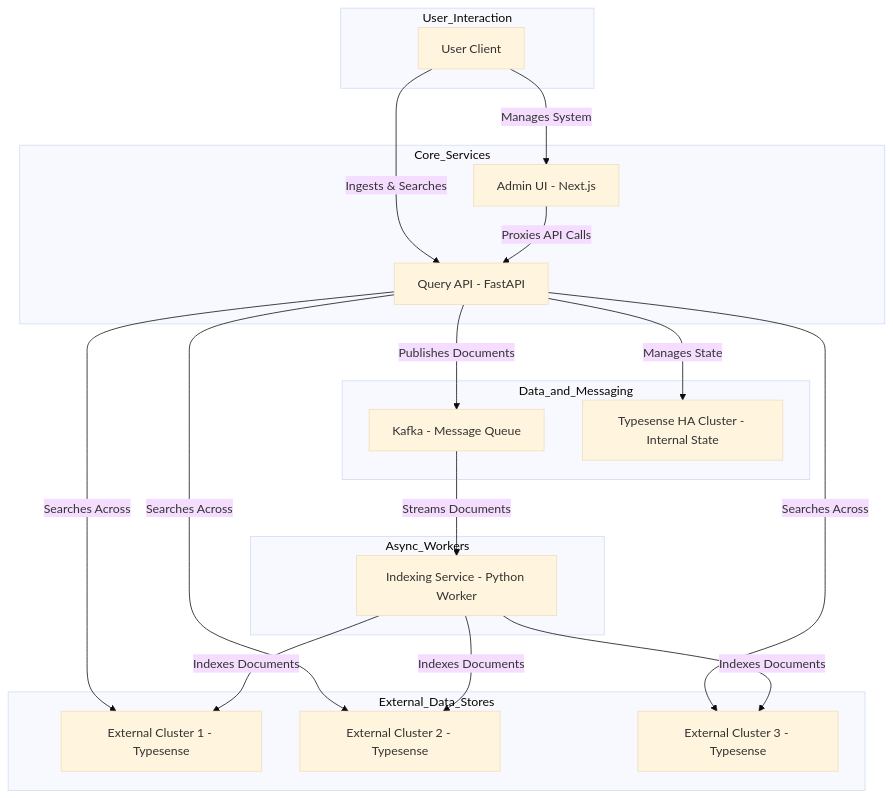
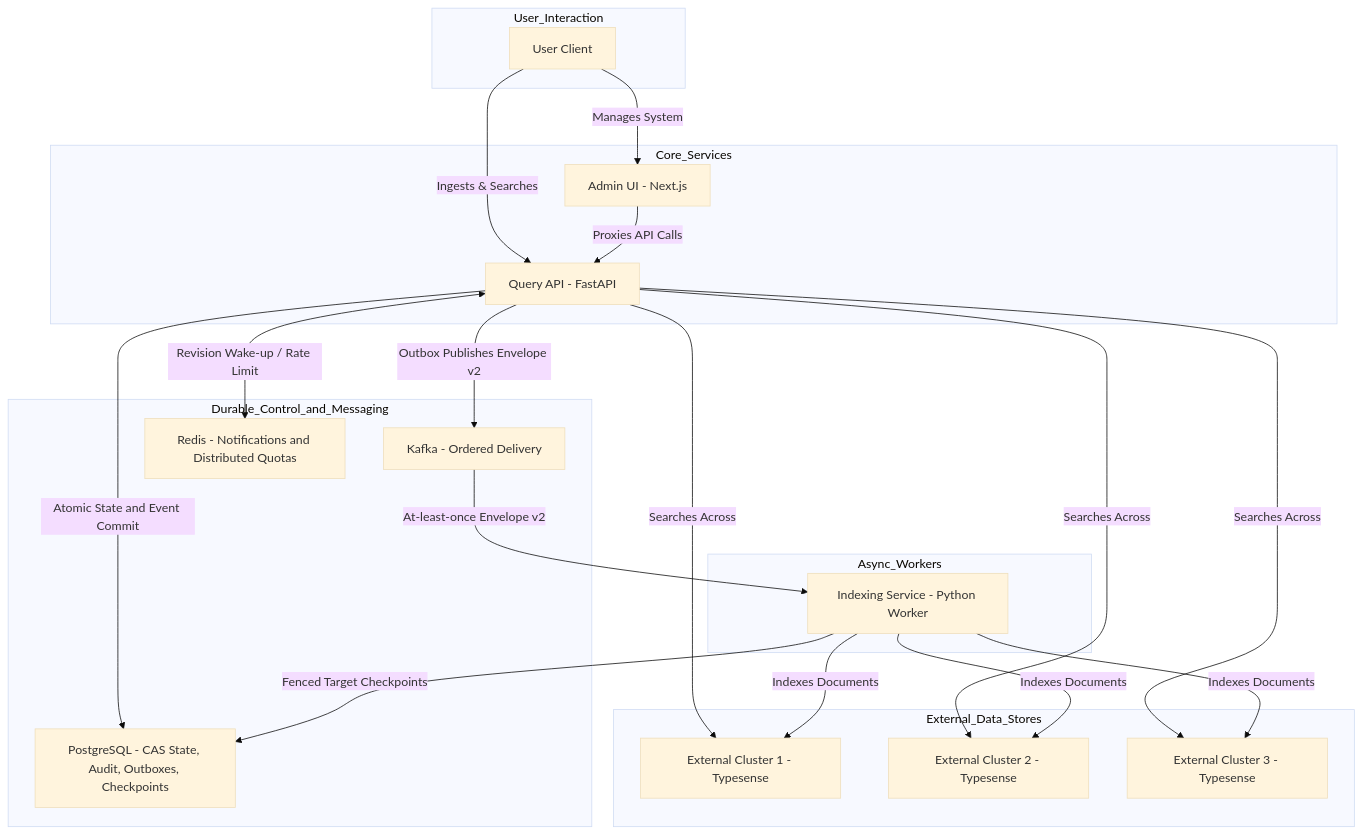
Before and after one commit to aantenore/imposbro-search: the diagram in README.md, drawn with Mermaid (base theme). The commit also changed other lines of this file and 269 other files, not shown here.

````diff
--- a/README.md
+++ b/README.md
@@ -66,43 +69,46 @@
 ```mermaid
 graph TD;
     subgraph User_Interaction
         A[User Client];
     end
 
     subgraph Core_Services
         B[Admin UI - Next.js];
         C[Query API - FastAPI];
     end
 
-    subgraph Data_and_Messaging
-        D[Kafka - Message Queue];
-        E[Typesense HA Cluster - Internal State];
+    subgraph Durable_Control_and_Messaging
+        D[Kafka - Ordered Delivery];
+        E[PostgreSQL - CAS State, Audit, Outboxes, Checkpoints];
+        R[Redis - Notifications and Distributed Quotas];
     end
 
     subgraph Async_Workers
         F[Indexing Service - Python Worker];
     end
 
     subgraph External_Data_Stores
         G[External Cluster 1 - Typesense];
         H[External Cluster 2 - Typesense];
         I[External Cluster 3 - Typesense];
     end
 
     A -->|Manages System| B;
     A -->|Ingests & Searches| C;
 
     B -->|Proxies API Calls| C;
 
-    C -->|Publishes Documents| D;
-    C -->|Manages State| E;
+    C -->|Atomic State and Event Commit| E;
+    C -->|Outbox Publishes Envelope v2| D;
+    C <-->|Revision Wake-up / Rate Limit| R;
     C -->|Searches Across| G;
     C -->|Searches Across| H;
     C -->|Searches Across| I;
 
-    D -->|Streams Documents| F;
+    D -->|At-least-once Envelope v2| F;
+    F -->|Fenced Target Checkpoints| E;
     F -->|Indexes Documents| G;
     F -->|Indexes Documents| H;
     F -->|Indexes Documents| I;
 
 ```
````
